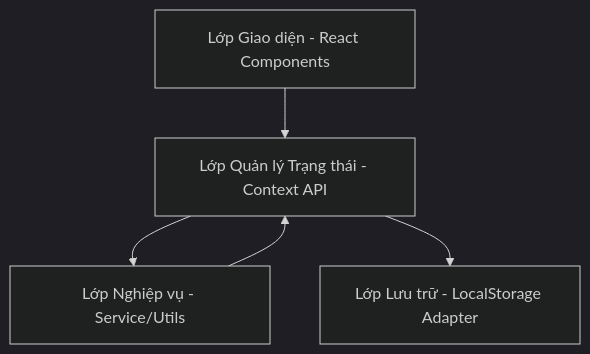
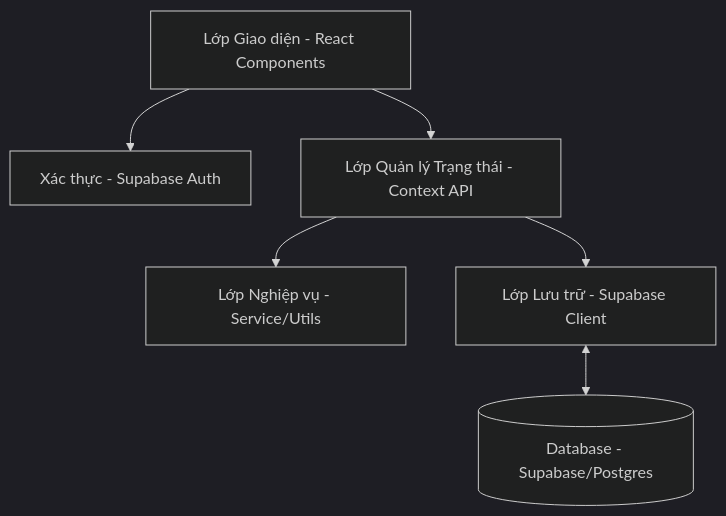
One commit to frenkie-ng/QLCT changed the diagram in docs/3.Technical/ARCHITECTURE.md. Above: the diagram before and after it, drawn with Mermaid (dark theme). The commit also changed other lines of this file and 6 other files, not shown here.

Commit message:
docs: Add initial documentation covering technical architecture, database, security, Supabase plan, product requirements, and user flows.

````diff
--- a/docs/3.Technical/ARCHITECTURE.md
+++ b/docs/3.Technical/ARCHITECTURE.md
@@ -9,7 +9,8 @@
 ```mermaid
 graph TD
-    UI[Lớp Giao diện - React Components] --> State[Lớp Quản lý Trạng thái - Context API]
+    UI[Lớp Giao diện - React Components] --> Auth[Xác thực - Supabase Auth]
+    UI --> State[Lớp Quản lý Trạng thái - Context API]
     State --> Logic[Lớp Nghiệp vụ - Service/Utils]
-    State --> Storage[Lớp Lưu trữ - LocalStorage Adapter]
-    Logic --> State
+    State --> Storage[Lớp Lưu trữ - Supabase Client]
+    Storage <--> DB[(Database - Supabase/Postgres)]
 ```
````
